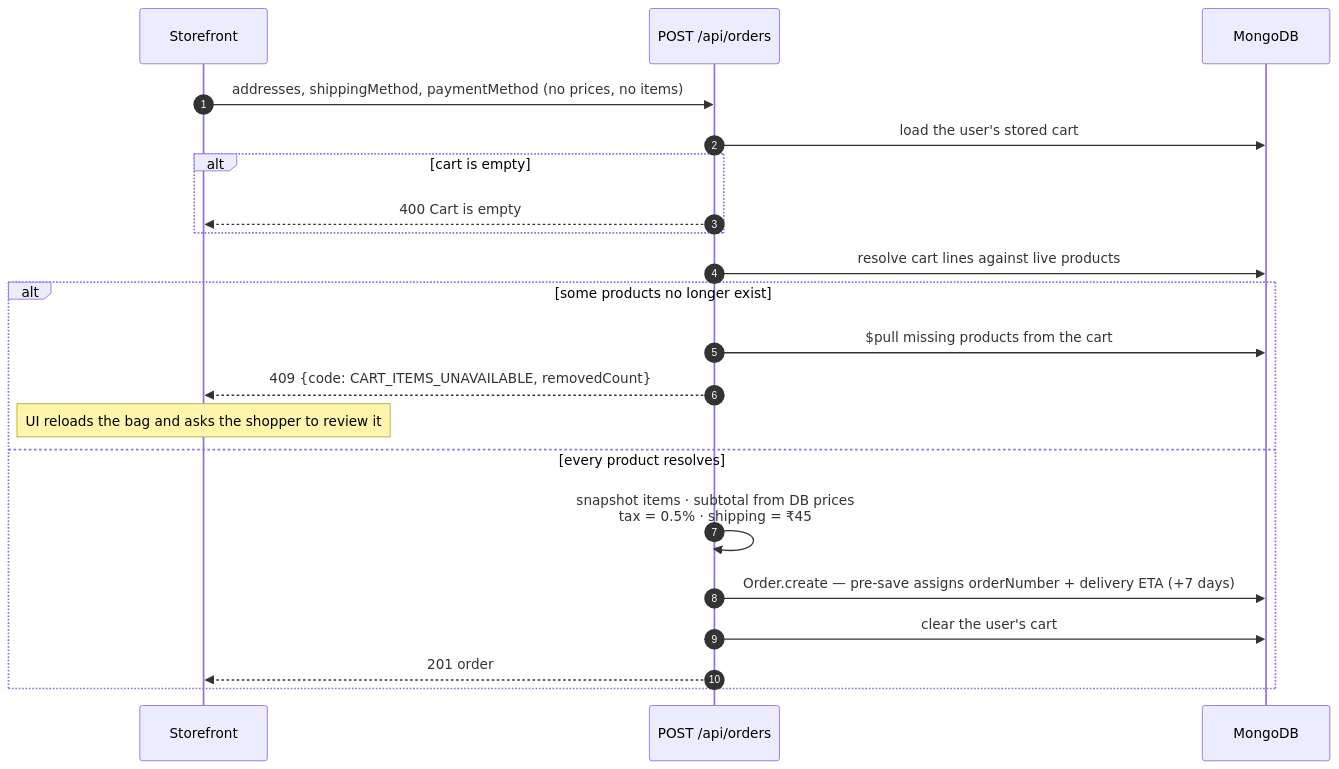
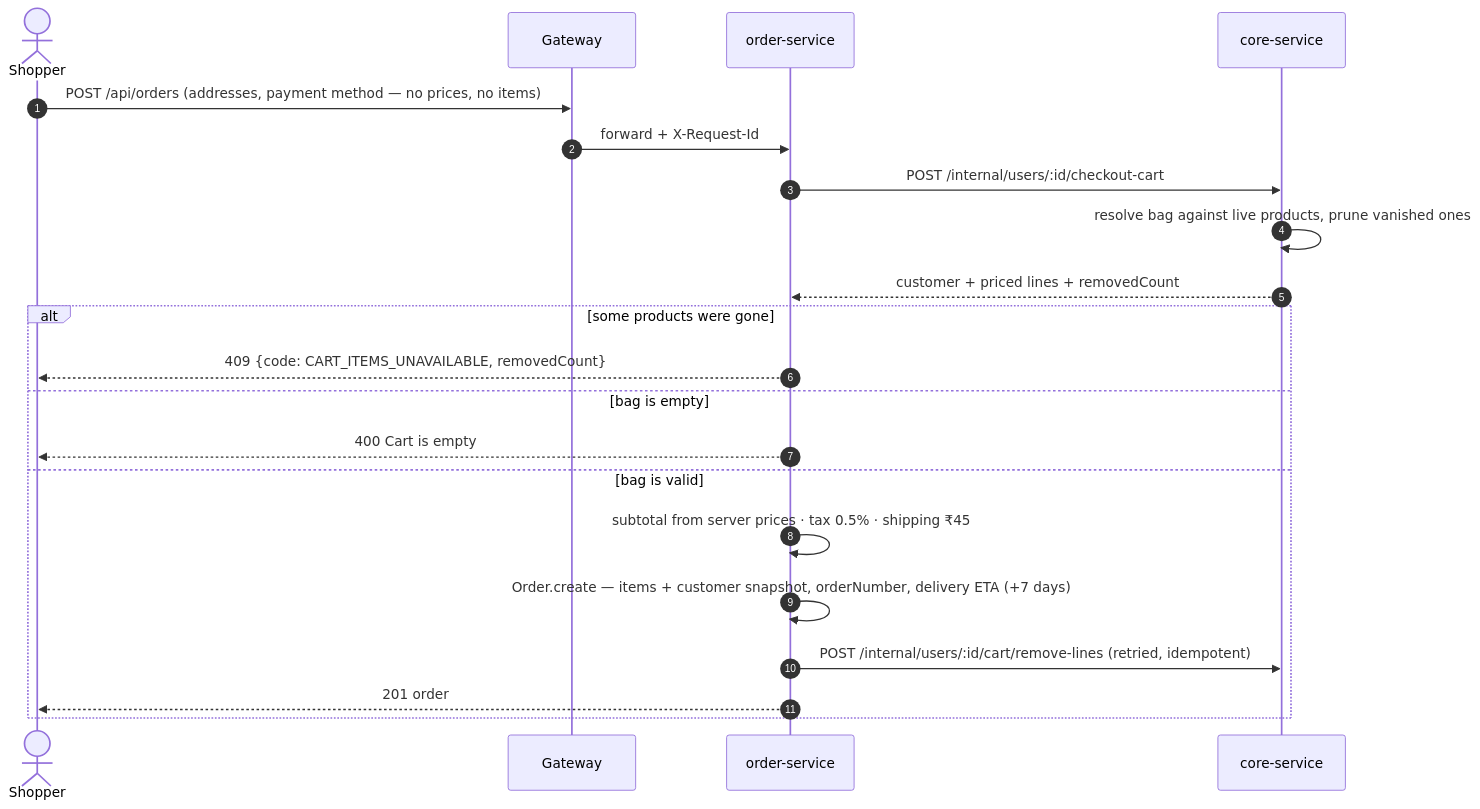
The seventh of 13 diagrams in README.md (abuiron/looksmatter_bc), drawn with Mermaid before and after one commit. The commit also changed other lines of this file and 26 other files, not shown here.

````diff
--- a/README.md
+++ b/README.md
@@ -270,24 +318,24 @@
 ```mermaid
 sequenceDiagram
     autonumber
-    participant UI as Storefront
-    participant O as POST /api/orders
-    participant DB as MongoDB
+    actor S as Shopper
+    participant G as Gateway
+    participant O as order-service
+    participant C as core-service
 
-    UI->>O: addresses, shippingMethod, paymentMethod (no prices, no items)
-    O->>DB: load the user's stored cart
-    alt cart is empty
-        O-->>UI: 400 Cart is empty
-    end
-    O->>DB: resolve cart lines against live products
-    alt some products no longer exist
-        O->>DB: $pull missing products from the cart
-        O-->>UI: 409 {code: CART_ITEMS_UNAVAILABLE, removedCount}
-        Note over UI: UI reloads the bag and asks the shopper to review it
-    else every product resolves
-        O->>O: snapshot items · subtotal from DB prices<br/>tax = 0.5% · shipping = ₹45
-        O->>DB: Order.create — pre-save assigns orderNumber + delivery ETA (+7 days)
-        O->>DB: clear the user's cart
-        O-->>UI: 201 order
+    S->>G: POST /api/orders (addresses, payment method — no prices, no items)
+    G->>O: forward + X-Request-Id
+    O->>C: POST /internal/users/:id/checkout-cart
+    C->>C: resolve bag against live products, prune vanished ones
+    C-->>O: customer + priced lines + removedCount
+    alt some products were gone
+        O-->>S: 409 {code: CART_ITEMS_UNAVAILABLE, removedCount}
+    else bag is empty
+        O-->>S: 400 Cart is empty
+    else bag is valid
+        O->>O: subtotal from server prices · tax 0.5% · shipping ₹45
+        O->>O: Order.create — items + customer snapshot, orderNumber, delivery ETA (+7 days)
+        O->>C: POST /internal/users/:id/cart/remove-lines (retried, idempotent)
+        O-->>S: 201 order
     end
 ```
````
